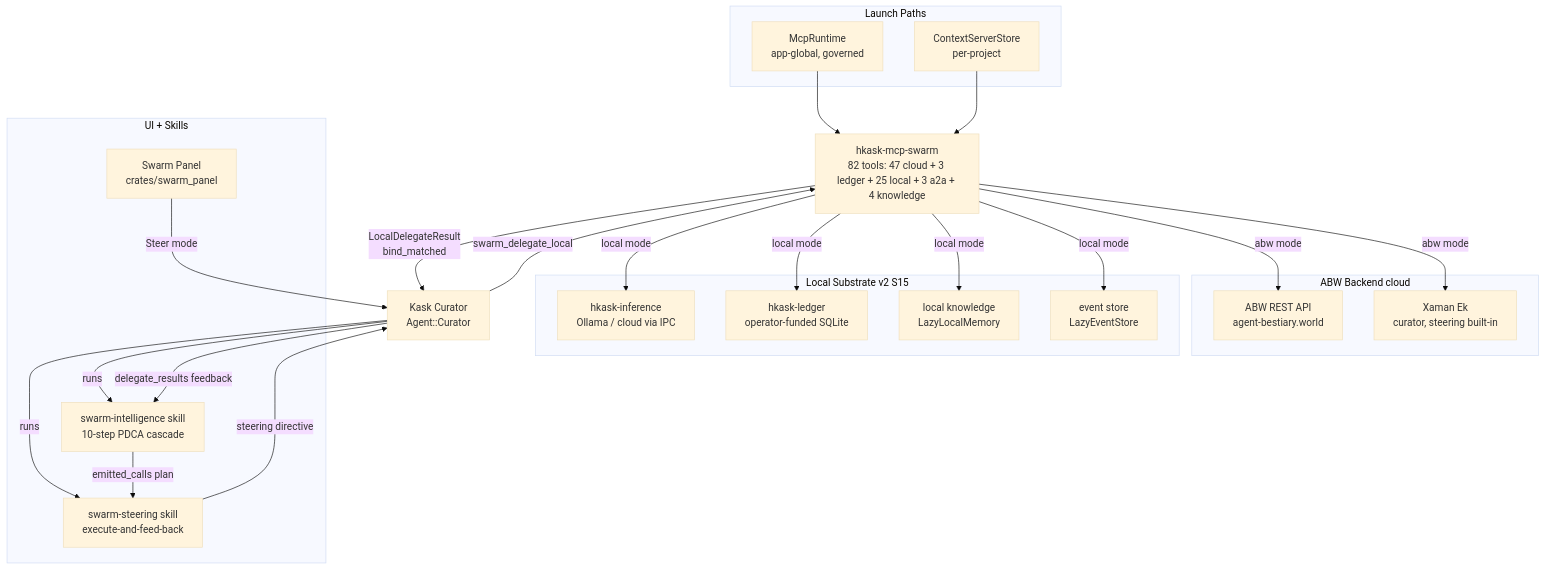
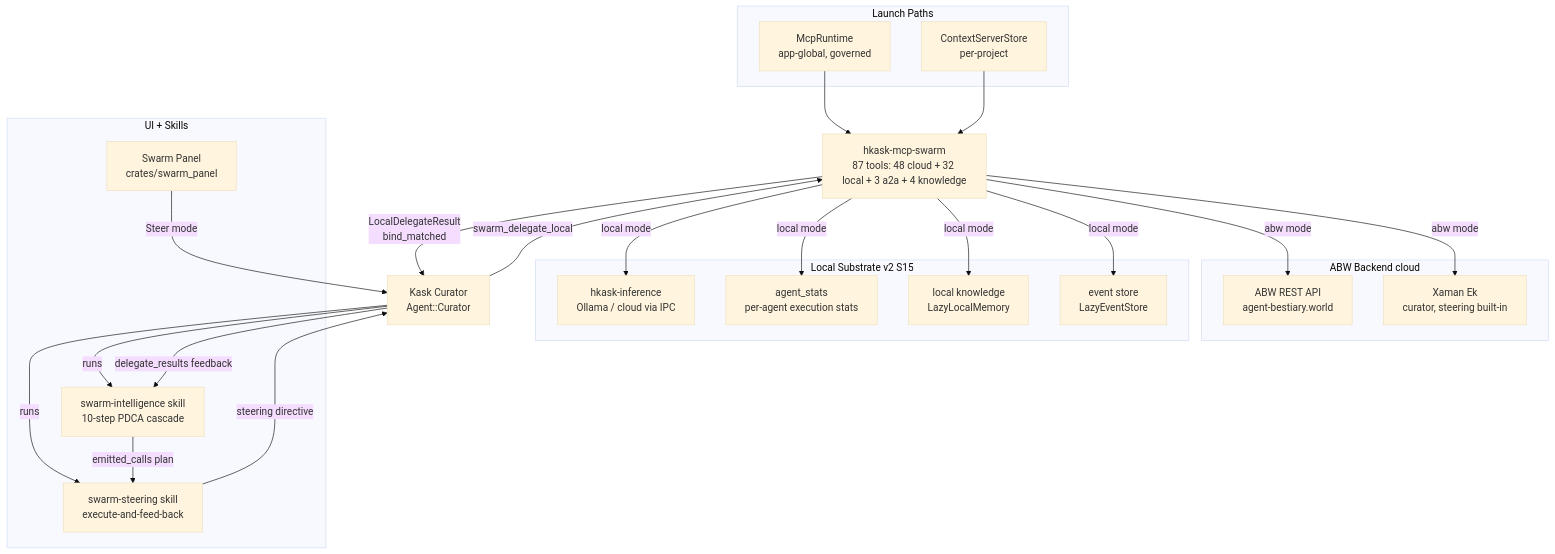
One commit to mdz-axo/zed-kask changed the first of 6 diagrams in kask/docs/diagrams/swarm.md. Above: the diagram before and after it, drawn with Mermaid (base theme). The commit also changed other lines of this file and 22 other files, not shown here.

````diff
--- a/kask/docs/diagrams/swarm.md
+++ b/kask/docs/diagrams/swarm.md
@@ -35,43 +38,43 @@
 ```mermaid
 flowchart TD
     subgraph launch[Launch Paths]
         MR[McpRuntime<br/>app-global, governed]
         CS[ContextServerStore<br/>per-project]
     end
-    SWARM[hkask-mcp-swarm<br/>82 tools: 47 cloud + 3 ledger + 25 local + 3 a2a + 4 knowledge]
+    SWARM[hkask-mcp-swarm<br/>87 tools: 48 cloud + 32 local + 3 a2a + 4 knowledge]
     MR --> SWARM
     CS --> SWARM
 
     subgraph abw[ABW Backend cloud]
         ABW_API[ABW REST API<br/>agent-bestiary.world]
         XAMAN[Xaman Ek<br/>curator, steering built-in]
     end
 
     subgraph local[Local Substrate v2 S15]
         INF[hkask-inference<br/>Ollama / cloud via IPC]
-        LEDGER[hkask-ledger<br/>operator-funded SQLite]
+        STATS[agent_stats<br/>per-agent execution stats]
         MEMORY[local knowledge<br/>LazyLocalMemory]
         EVENTS[event store<br/>LazyEventStore]
     end
 
     SWARM -->|abw mode| ABW_API
     SWARM -->|abw mode| XAMAN
     SWARM -->|local mode| INF
-    SWARM -->|local mode| LEDGER
+    SWARM -->|local mode| STATS
     SWARM -->|local mode| MEMORY
     SWARM -->|local mode| EVENTS
 
     subgraph ui[UI + Skills]
         PANEL[Swarm Panel<br/>crates/swarm_panel]
         SI[swarm-intelligence skill<br/>10-step PDCA cascade]
         SS[swarm-steering skill<br/>execute-and-feed-back]
     end
     PANEL -->|Steer mode| CURATOR[Kask Curator<br/>Agent::Curator]
     CURATOR -->|runs| SI
     CURATOR -->|runs| SS
     SI -->|emitted_calls plan| SS
     SS -->|steering directive| CURATOR
     CURATOR -->|swarm_delegate_local| SWARM
     SWARM -->|LocalDelegateResult<br/>bind_matched| CURATOR
     CURATOR -->|delegate_results feedback| SI
 ```
````
